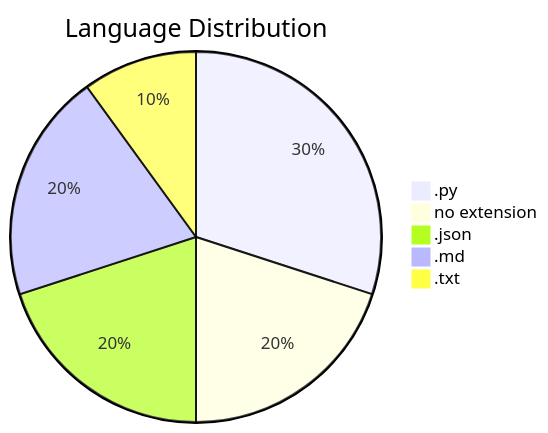
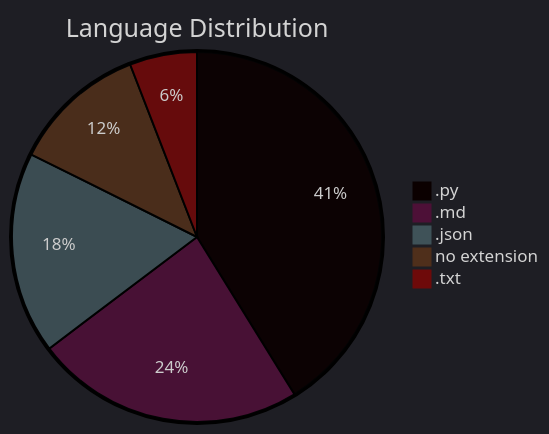
One commit to lystwork/ndaversis changed the first of 7 diagrams in readme.md. Above: the diagram before and after it, drawn with Mermaid. The commit also changed other lines of this file and 8 other files, not shown here.

````diff
--- a/readme.md
+++ b/readme.md
@@ -122,8 +123,25 @@
 ```mermaid
+%%{init: {
+  'theme':'dark',
+  'themeVariables': {
+    'primaryColor': '#667eea',
+    'primaryTextColor': '#fff',
+    'primaryBorderColor': '#764ba2',
+    'lineColor': '#f093fb',
+    'secondaryColor': '#4facfe',
+    'tertiaryColor': '#43e97b',
+    'background': '#1a1a2e',
+    'mainBkg': '#16213e',
+    'secondBkg': '#0f3460',
+    'pieOuterStrokeWidth': '3px',
+    'pieStrokeWidth': '2px',
+    'pieOpacity': '0.9'
+  }
+}}%%
 pie title Language Distribution
-    ".py" : 3
+    ".py" : 7
+    ".md" : 4
+    ".json" : 3
     "no extension" : 2
-    ".json" : 2
-    ".md" : 2
     ".txt" : 1
 ```
````
